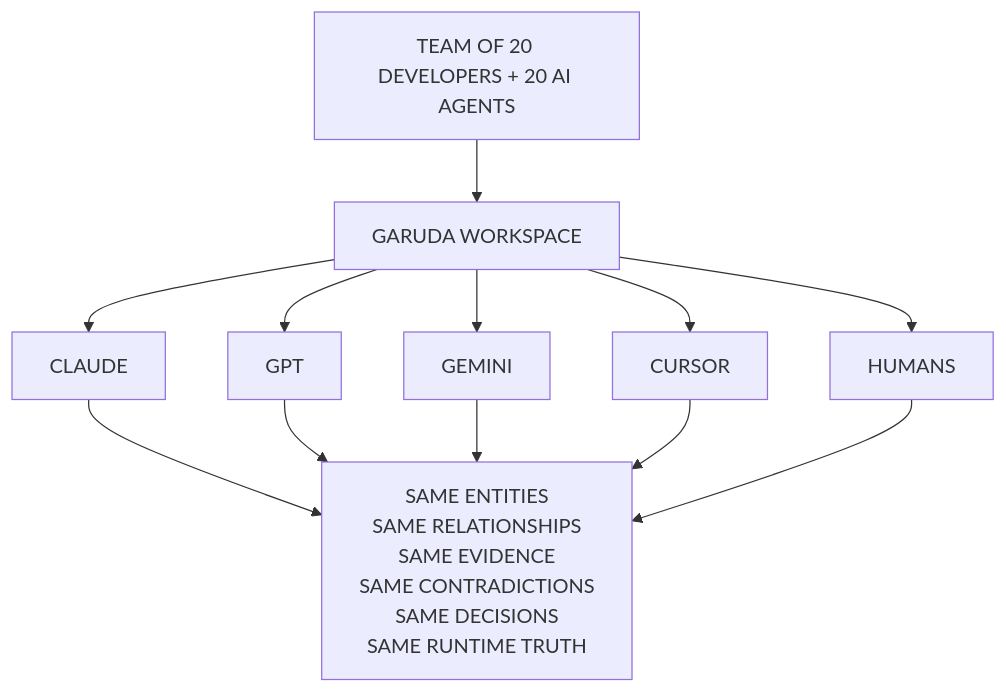
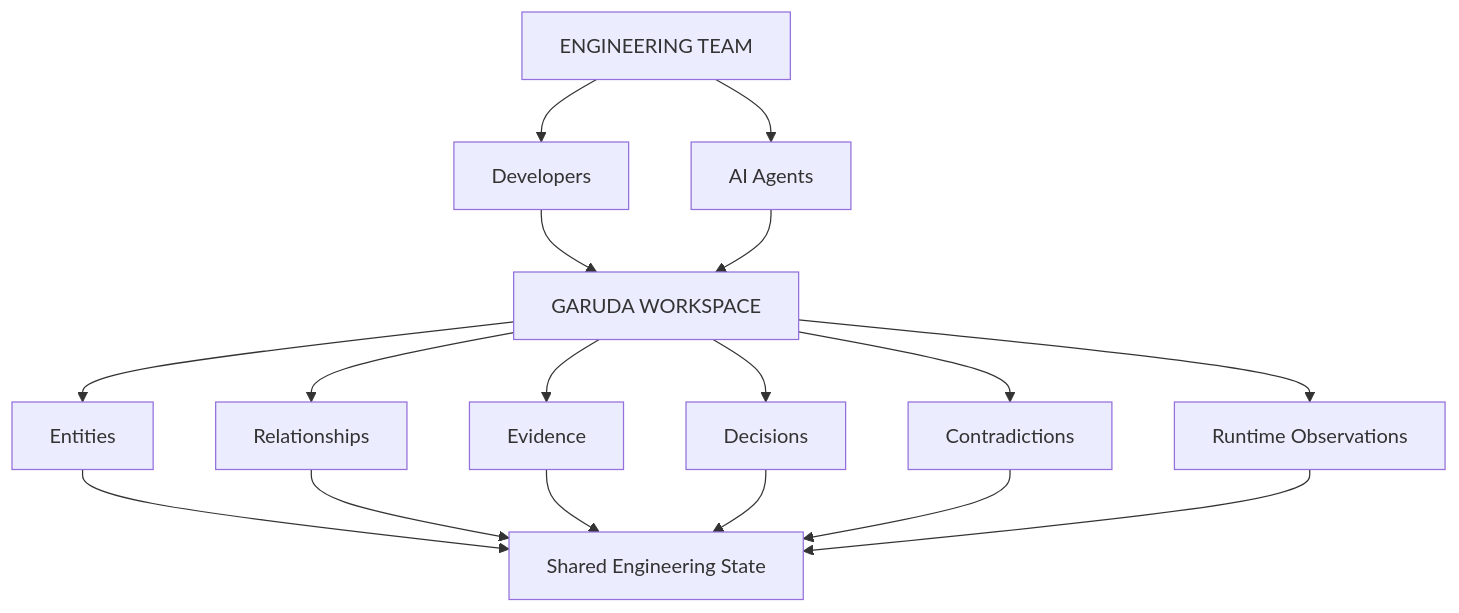
The tenth of 18 diagrams in README.md (myshra777-ai/garuda), drawn with Mermaid before and after one commit. The commit also changed other lines of this file, not shown here.

````diff
--- a/README.md
+++ b/README.md
@@ -401,23 +485,24 @@
 ```mermaid
 flowchart TD
-    TEAM["TEAM OF 20 DEVELOPERS + 20 AI AGENTS"]
-    TEAM --> WS["GARUDA WORKSPACE"]
+    TEAM["ENGINEERING TEAM"]
 
-    WS --> CLAUDE["CLAUDE"]
-    WS --> GPT["GPT"]
-    WS --> GEMINI["GEMINI"]
-    WS --> CURSOR["CURSOR"]
-    WS --> HUMANS["HUMANS"]
+    TEAM --> DEV["Developers"]
+    TEAM --> AGENTS["AI Agents"]
 
-    CLAUDE --> TRUTH["SAME ENTITIES
-    SAME RELATIONSHIPS
-    SAME EVIDENCE
-    SAME CONTRADICTIONS
-    SAME DECISIONS
-    SAME RUNTIME TRUTH"]
+    DEV --> WS["GARUDA WORKSPACE"]
+    AGENTS --> WS
 
-    GPT --> TRUTH
-    GEMINI --> TRUTH
-    CURSOR --> TRUTH
-    HUMANS --> TRUTH
+    WS --> ENTITIES["Entities"]
+    WS --> REL["Relationships"]
+    WS --> EVIDENCE["Evidence"]
+    WS --> DECISIONS["Decisions"]
+    WS --> CONTRA["Contradictions"]
+    WS --> RUNTIME["Runtime Observations"]
+
+    ENTITIES --> SHARED["Shared Engineering State"]
+    REL --> SHARED
+    EVIDENCE --> SHARED
+    DECISIONS --> SHARED
+    CONTRA --> SHARED
+    RUNTIME --> SHARED
 ```
````
